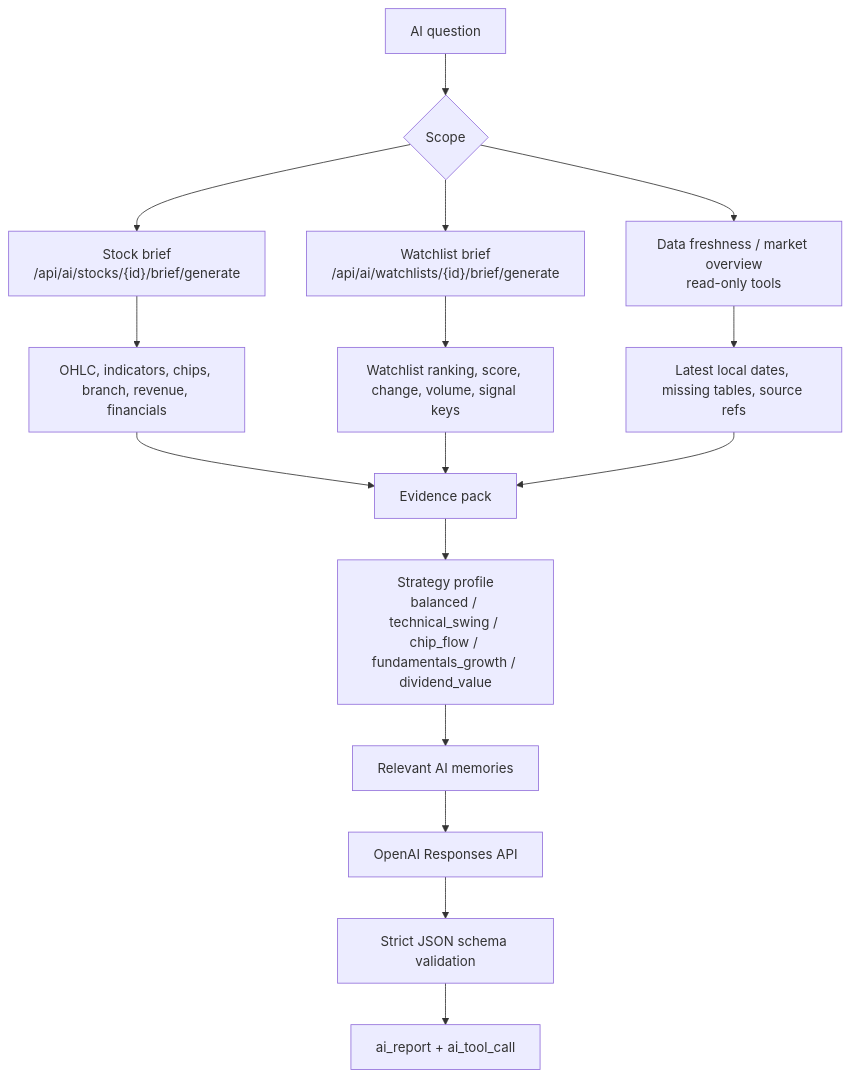
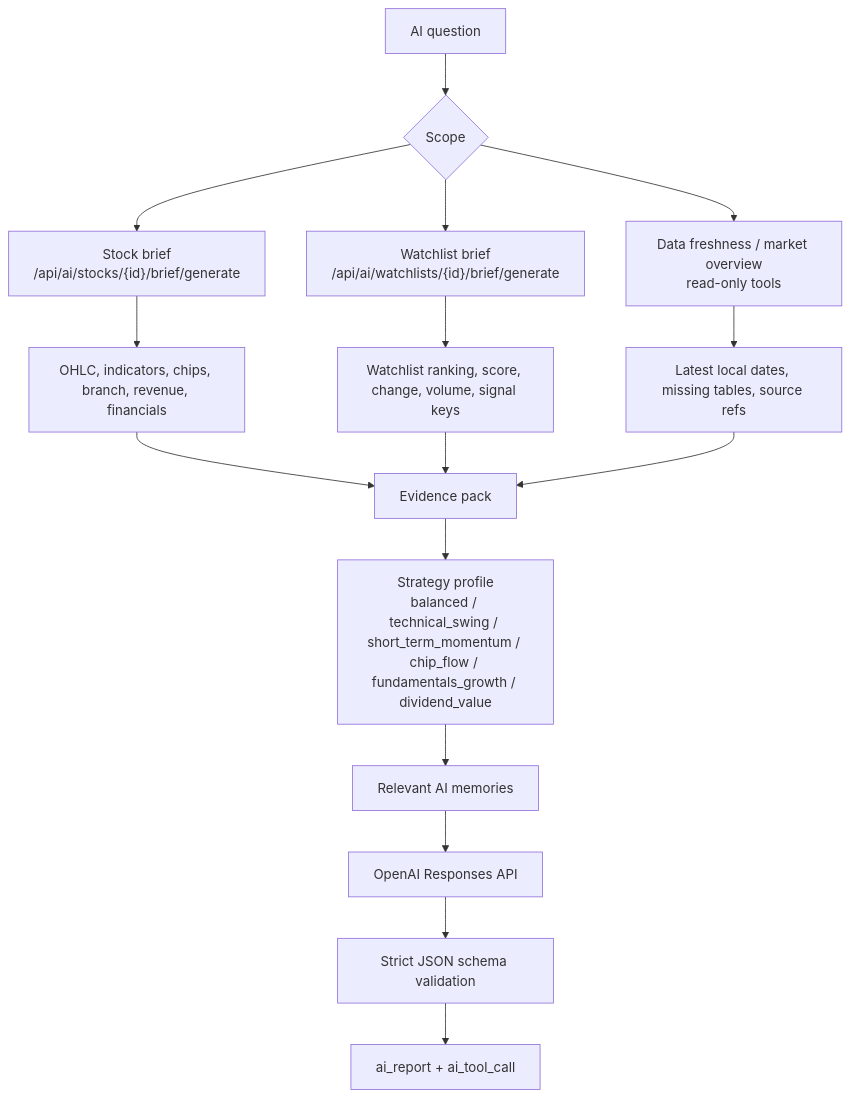
One commit to lulu930128/open-market-intelligence changed the seventh of 10 diagrams in README.md. Above: the diagram before and after it, drawn with Mermaid. The commit also changed other lines of this file and 11 other files, not shown here.

````diff
--- a/README.md
+++ b/README.md
@@ -398,20 +407,20 @@
 ```mermaid
 flowchart TD
     ask["AI question"] --> scope{"Scope"}
     scope --> stock["Stock brief<br/>/api/ai/stocks/{id}/brief/generate"]
     scope --> group["Watchlist brief<br/>/api/ai/watchlists/{id}/brief/generate"]
     scope --> freshness["Data freshness / market overview<br/>read-only tools"]
 
     stock --> stockData["OHLC, indicators, chips, branch, revenue, financials"]
     group --> groupData["Watchlist ranking, score, change, volume, signal keys"]
     freshness --> freshnessData["Latest local dates, missing tables, source refs"]
 
     stockData --> pack["Evidence pack"]
     groupData --> pack
     freshnessData --> pack
-    pack --> profile["Strategy profile<br/>balanced / technical_swing / chip_flow / fundamentals_growth / dividend_value"]
+    pack --> profile["Strategy profile<br/>balanced / technical_swing / short_term_momentum / chip_flow / fundamentals_growth / dividend_value"]
     profile --> memory["Relevant AI memories"]
     memory --> llm["OpenAI Responses API"]
     llm --> schema["Strict JSON schema validation"]
     schema --> report["ai_report + ai_tool_call"]
 ```
````
